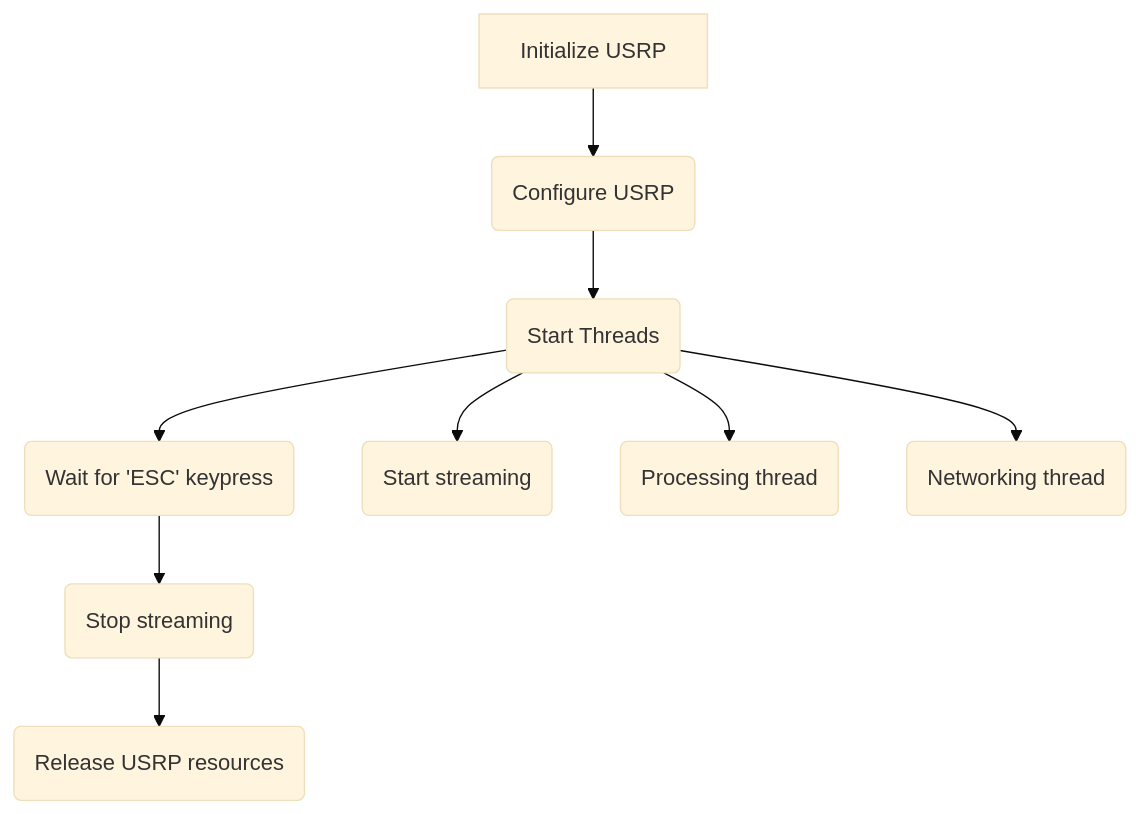
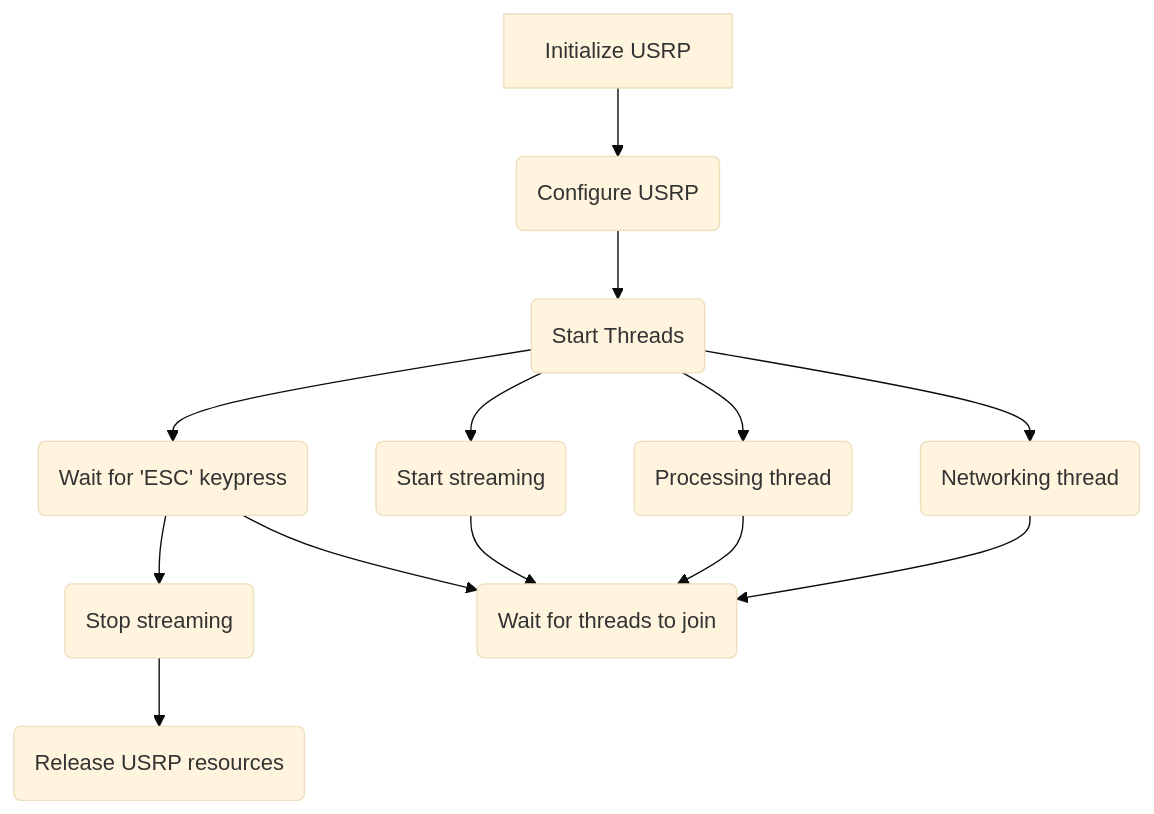
Before and after one commit to joey-public/WES207CapstoneProject: the diagram in dsp/src/README.md, drawn with Mermaid (base theme).

````diff
--- a/dsp/src/README.md
+++ b/dsp/src/README.md
@@ -18,11 +18,15 @@
 ```mermaid
 graph TD
 A[Initialize USRP] --> B(Configure USRP)
 B --> C(Start Threads)
 C --> D(Wait for 'ESC' keypress)
 D --> E(Stop streaming)
 E --> F(Release USRP resources)
 C --> G(Start streaming)
 C --> H(Processing thread)
 C --> I(Networking thread)
+D --> J(Wait for threads to join)
+G --> J
+H --> J
+I --> J
 ```
````
